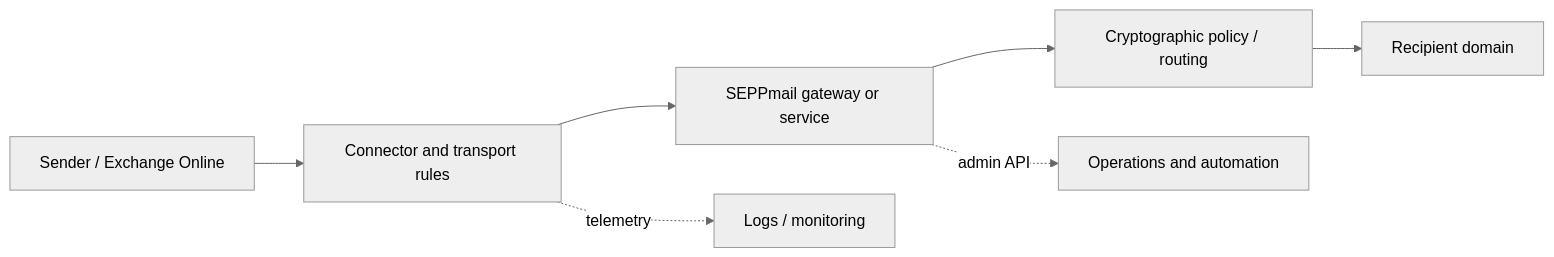
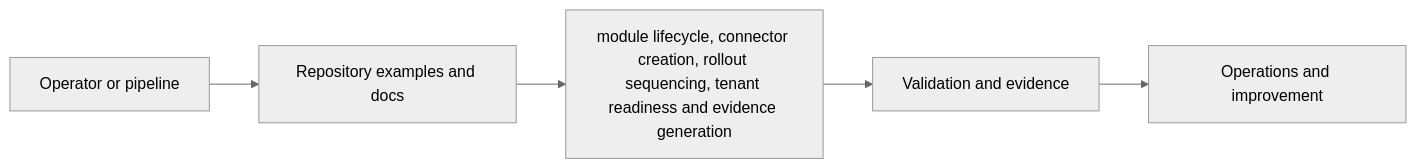
One commit to Synedat/Seppmail-365 changed the diagram in README.md. Above: the diagram before and after it, drawn with Mermaid (neutral theme). The commit also changed other lines of this file and 22 other files, not shown here.

````diff
--- a/README.md
+++ b/README.md
@@ -30,9 +83,7 @@
 ```mermaid
 flowchart LR
-    A[Sender / Exchange Online] --> B[Connector and transport rules]
-    B --> C[SEPPmail gateway or service]
-    C --> D[Cryptographic policy / routing]
-    D --> E[Recipient domain]
-    B -. telemetry .-> F[Logs / monitoring]
-    C -. admin API .-> G[Operations and automation]
+    A[Operator or pipeline] --> B[Repository examples and docs]
+    B --> C[module lifecycle, connector creation, rollout sequencing, tenant readiness and evidence generation]
+    C --> D[Validation and evidence]
+    D --> E[Operations and improvement]
 ```
````
